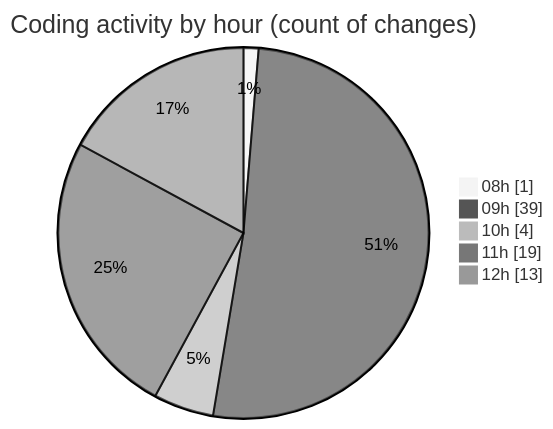
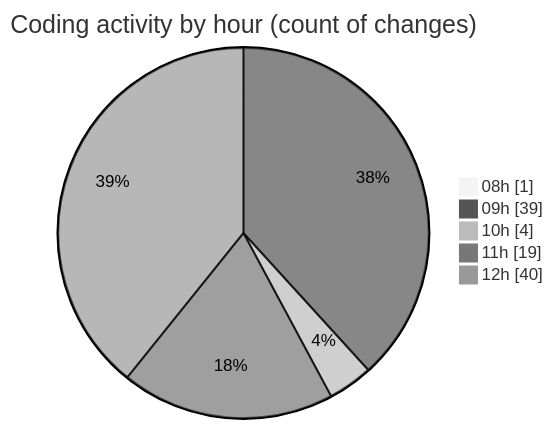
The second of 2 diagrams in 2026-08-25/cda/README.md (momahboobian/code-tracking), drawn with Mermaid (neutral theme) before and after one commit. The commit also changed other lines of this file and 1 other file, not shown here.

````diff
--- a/2026-08-25/cda/README.md
+++ b/2026-08-25/cda/README.md
@@ -45,9 +54,9 @@
 ```mermaid
 pie showData
 title Coding activity by hour (count of changes)
 "08h" : 1
 "09h" : 39
 "10h" : 4
 "11h" : 19
-"12h" : 13
+"12h" : 40
 ```
````
